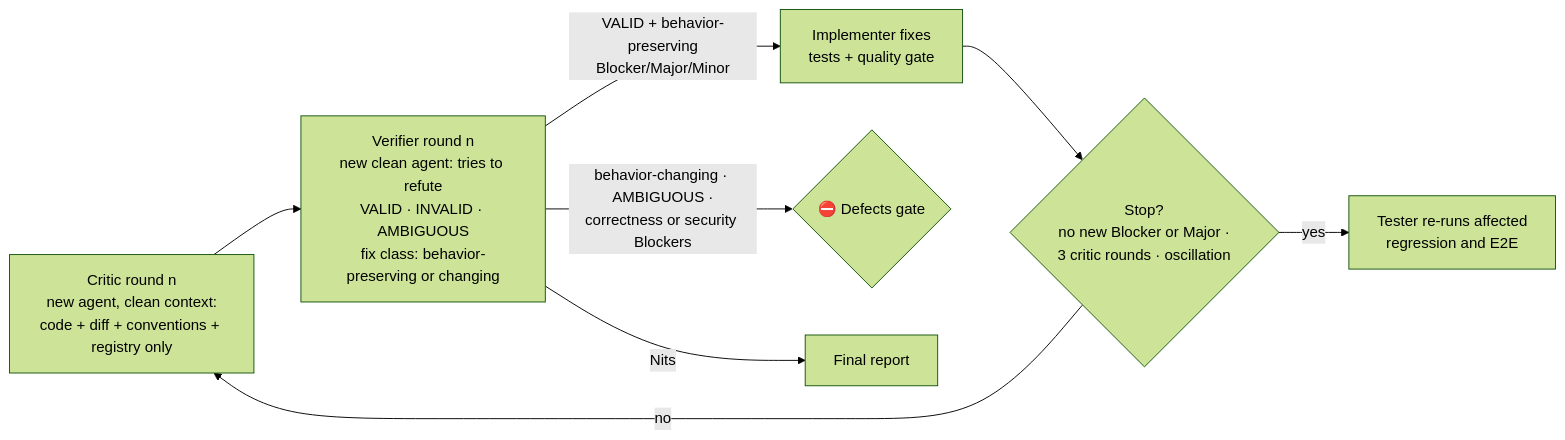
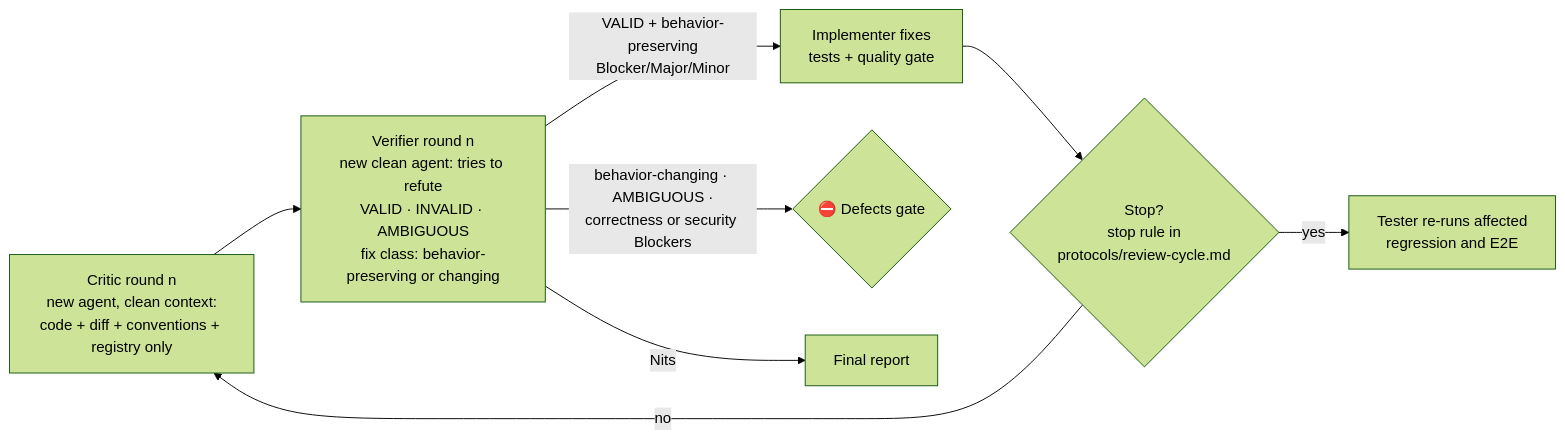
One commit to mariopedemonte12/claude-feature-workflow changed the eighth of 12 diagrams in docs/architecture.md. Above: the diagram before and after it, drawn with Mermaid (forest theme). The commit also changed other lines of this file and 4 other files, not shown here.

````diff
--- a/docs/architecture.md
+++ b/docs/architecture.md
@@ -297,10 +297,10 @@
 ```mermaid
 flowchart LR
     C["Critic round n<br/>new agent, clean context:<br/>code + diff + conventions + registry only"] --> V["Verifier round n<br/>new clean agent: tries to refute<br/>VALID · INVALID · AMBIGUOUS<br/>fix class: behavior-preserving or changing"]
     V -->|"VALID + behavior-preserving<br/>Blocker/Major/Minor"| I["Implementer fixes<br/>tests + quality gate"]
     V -->|"behavior-changing · AMBIGUOUS ·<br/>correctness or security Blockers"| G{"⛔ Defects gate"}
     V -->|"Nits"| FRP["Final report"]
-    I --> STOP{"Stop?<br/>no new Blocker or Major ·<br/>3 critic rounds · oscillation"}
+    I --> STOP{"Stop?<br/>stop rule in<br/>protocols/review-cycle.md"}
     STOP -->|"no"| C
     STOP -->|"yes"| RT["Tester re-runs affected<br/>regression and E2E"]
 ```
````
